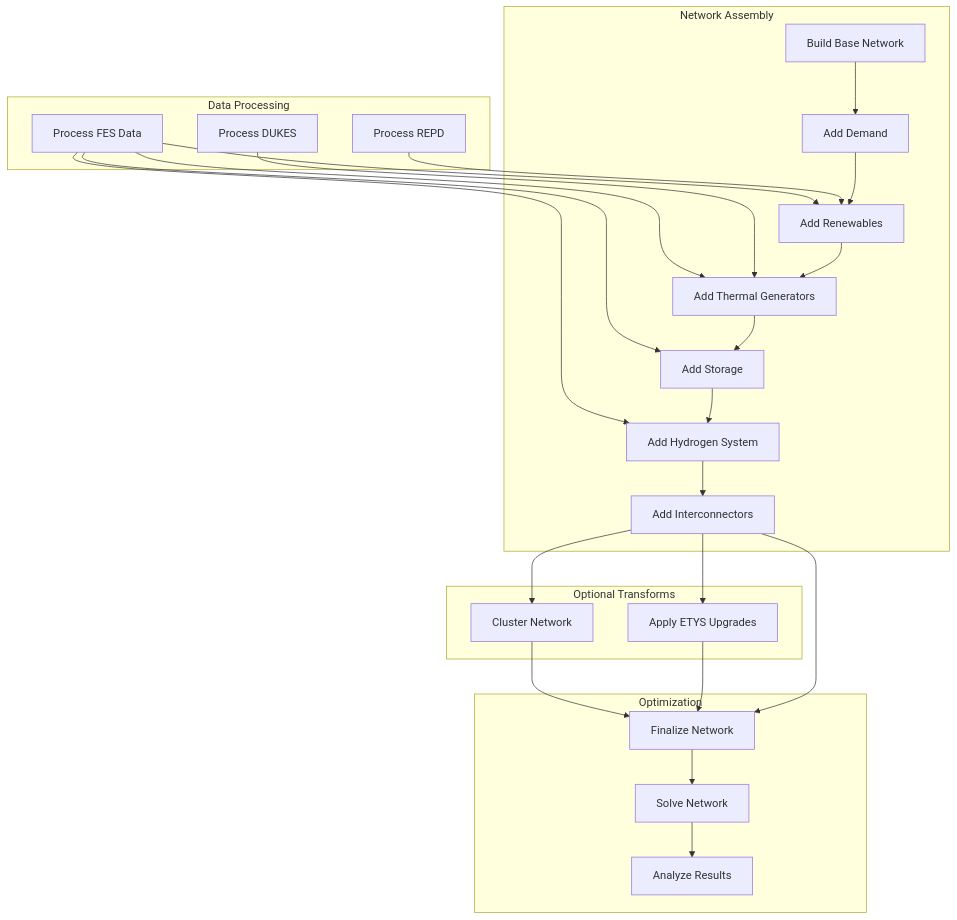
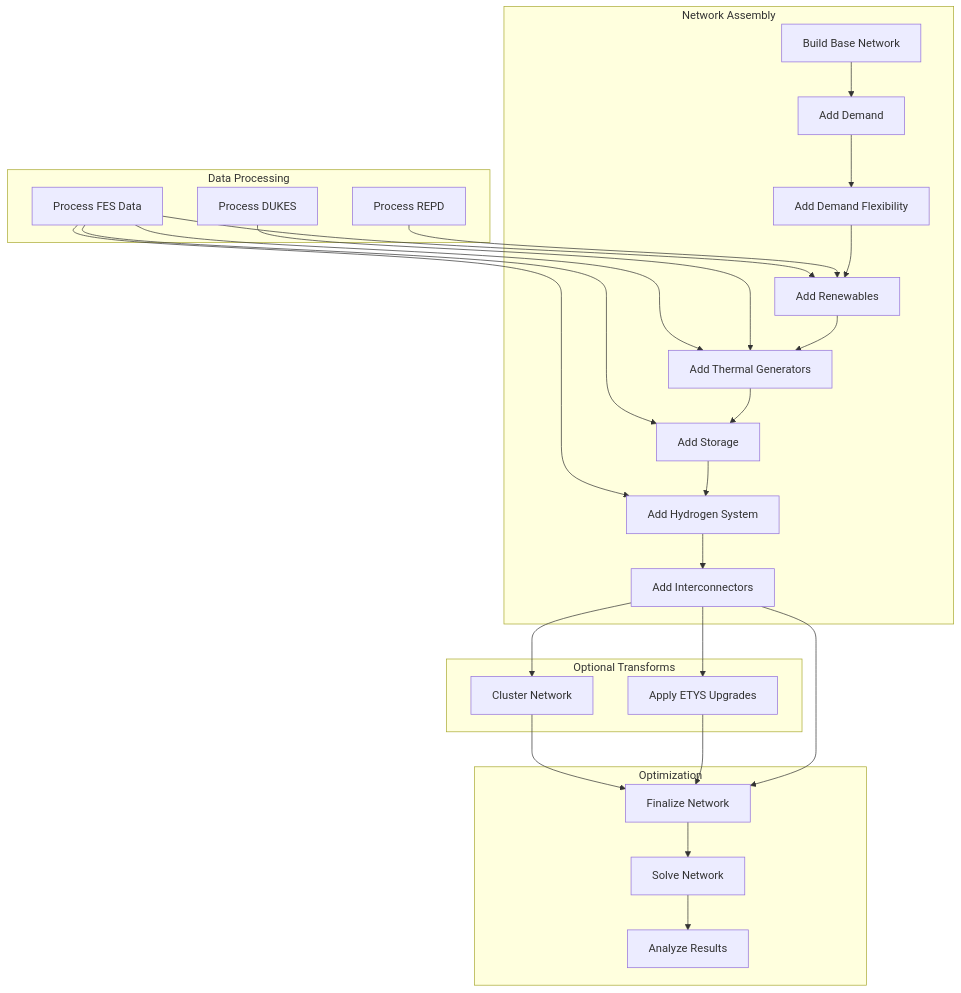
One commit to marta-uoe/PyPSA-GB-datacentres changed the first of 2 diagrams in docs/source/user_guide/workflow.md. Above: the diagram before and after it, drawn with Mermaid. The commit also changed other lines of this file and 13 other files, not shown here.

````diff
--- a/docs/source/user_guide/workflow.md
+++ b/docs/source/user_guide/workflow.md
@@ -9,50 +9,52 @@
 ```{mermaid}
 flowchart TB
     subgraph Data["Data Processing"]
         FES["Process FES Data"]
         DUKES["Process DUKES"]
         REPD["Process REPD"]
     end
     
     subgraph Network["Network Assembly"]
         BASE["Build Base Network"]
         DEMAND["Add Demand"]
+        FLEX["Add Demand Flexibility"]
         RENEW["Add Renewables"]
         THERMAL["Add Thermal Generators"]
         STORAGE["Add Storage"]
         HYDRO["Add Hydrogen System"]
         INTER["Add Interconnectors"]
     end
     
     subgraph Cluster["Optional Transforms"]
         CLUST["Cluster Network"]
         UPGRADES["Apply ETYS Upgrades"]
     end
     
     subgraph Solve["Optimization"]
         FINALIZE["Finalize Network"]
         SOLVE["Solve Network"]
         ANALYZE["Analyze Results"]
     end
     
     FES --> RENEW
     FES --> THERMAL
     FES --> STORAGE
     FES --> HYDRO
     DUKES --> THERMAL
     REPD --> RENEW
     
     BASE --> DEMAND
-    DEMAND --> RENEW
+    DEMAND --> FLEX
+    FLEX --> RENEW
     RENEW --> THERMAL
     THERMAL --> STORAGE
     STORAGE --> HYDRO
     HYDRO --> INTER
     INTER --> CLUST
     INTER --> UPGRADES
     CLUST --> FINALIZE
     UPGRADES --> FINALIZE
     INTER --> FINALIZE
     FINALIZE --> SOLVE
     SOLVE --> ANALYZE
 ```
````
